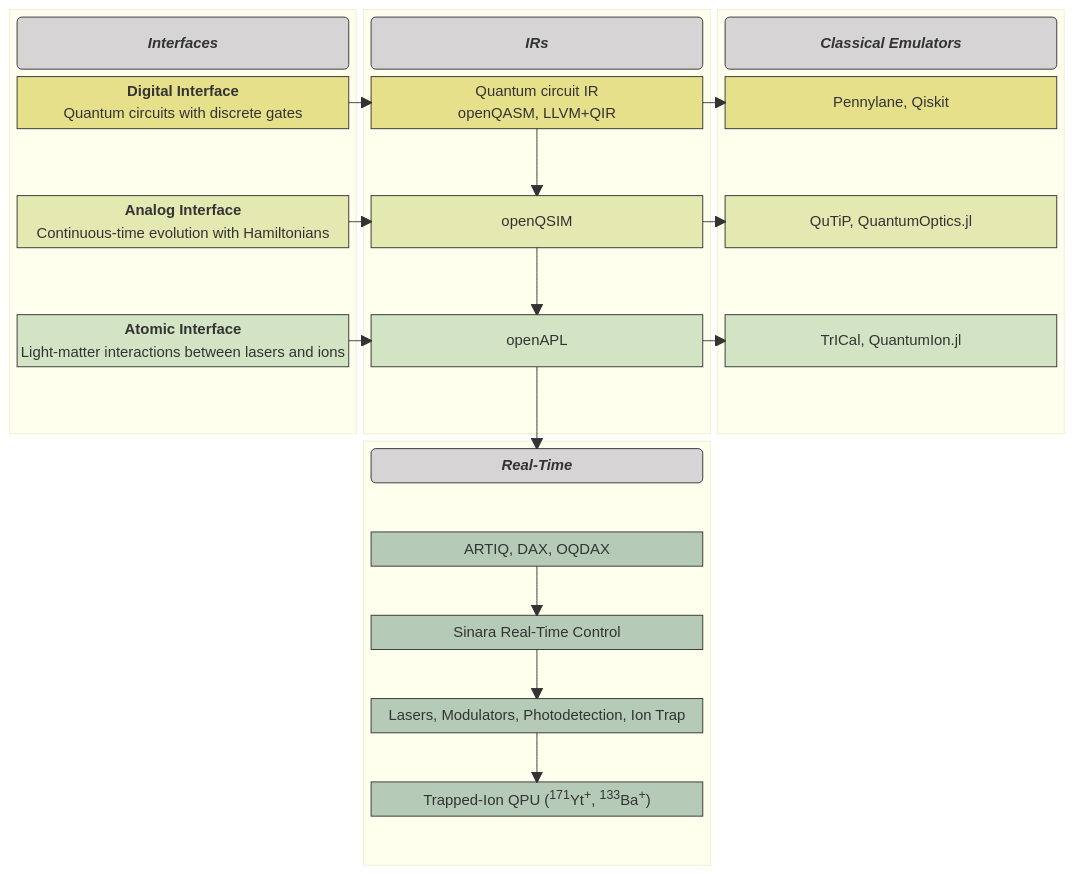
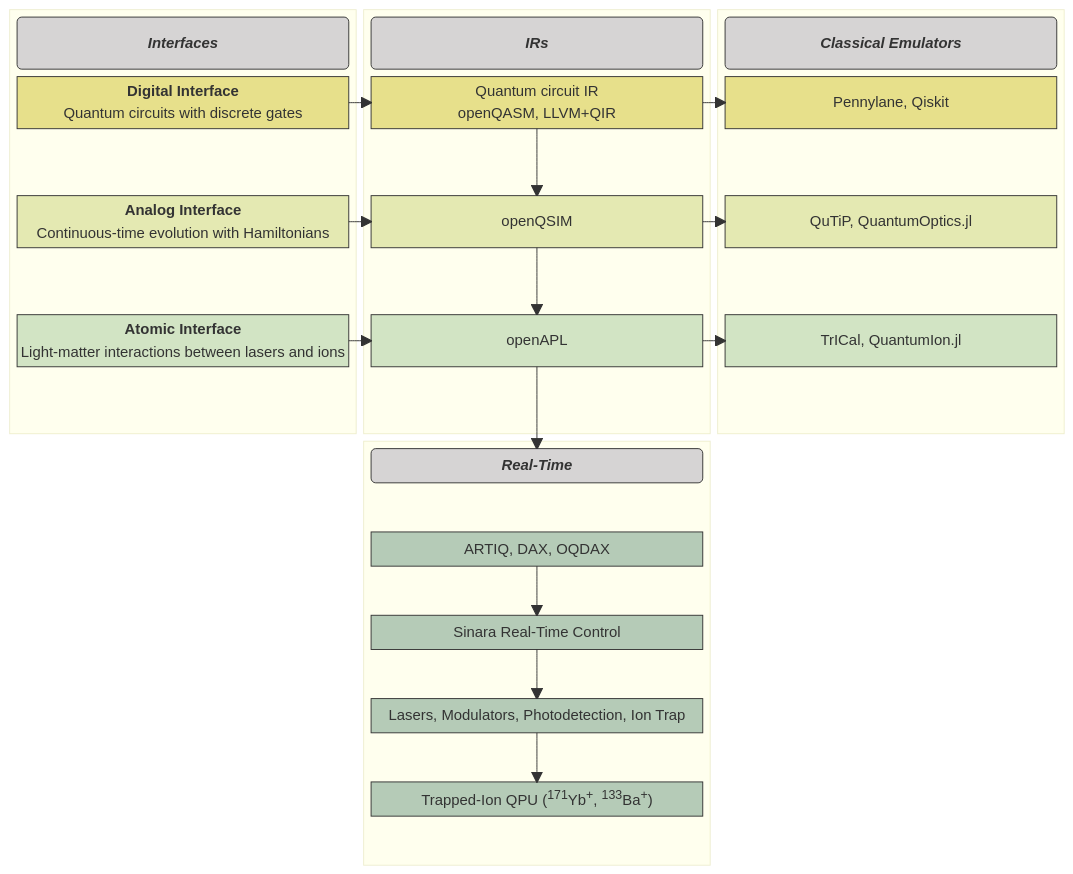
One commit to OpenQuantumDesign/equilux changed the diagram in README.md. Above: the diagram before and after it, drawn with Mermaid.

```diff
--- a/README.md
+++ b/README.md
@@ -95,7 +95,7 @@
        space
        RTHardware["Lasers, Modulators, Photodetection, Ion Trap"]
        space
-       RTApparatus["Trapped-Ion QPU (<sup>171</sup>Yt<sup>+</sup>, <sup>133</sup>Ba<sup>+</sup>)"]
+       RTApparatus["Trapped-Ion QPU (<sup>171</sup>Yb<sup>+</sup>, <sup>133</sup>Ba<sup>+</sup>)"]
        space
     end
     space
```
